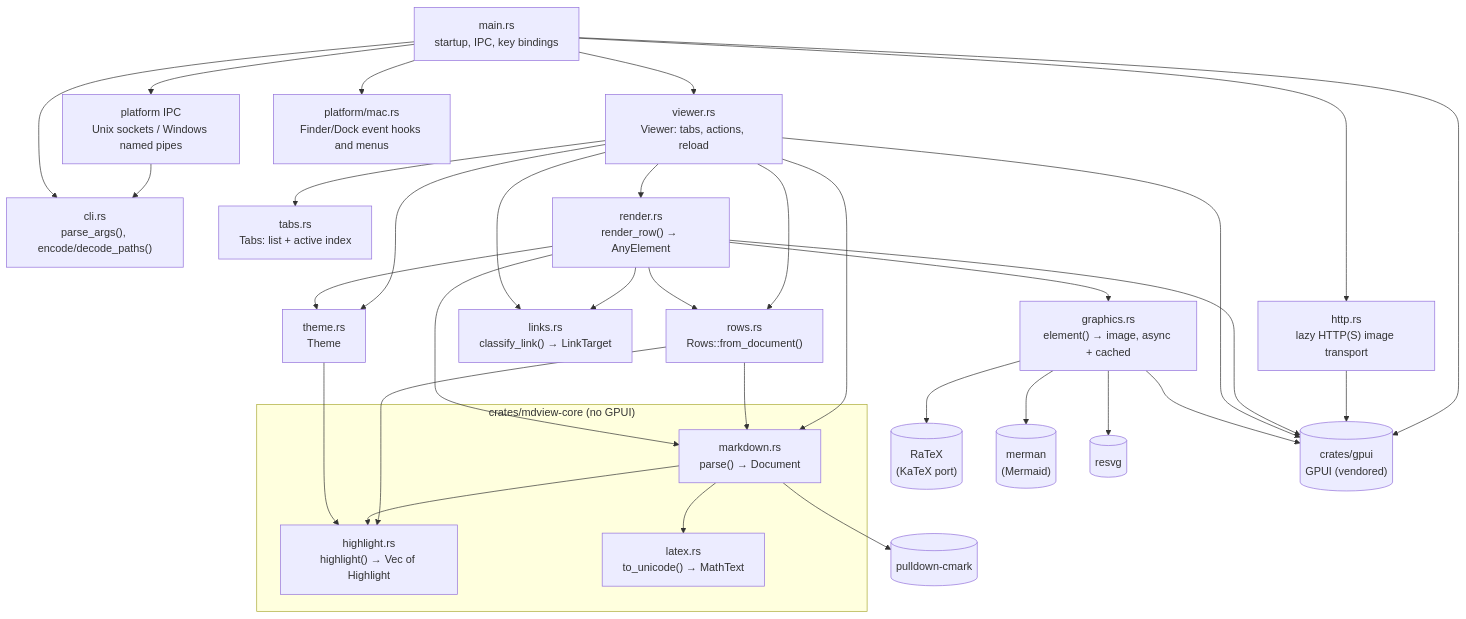
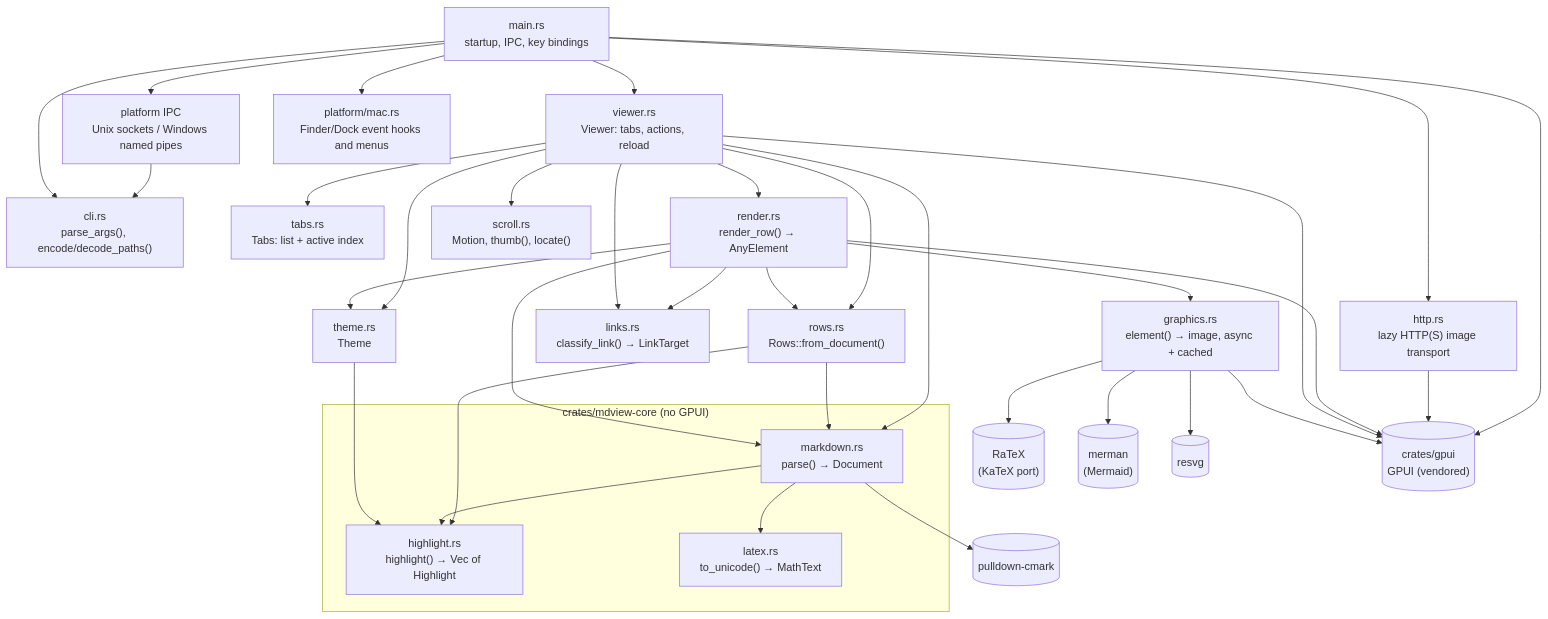
One commit to JorgeAgar/markdown-viewer-zed changed the first of 6 diagrams in docs/architecture.md. Above: the diagram before and after it, drawn with Mermaid. The commit also changed other lines of this file and 14 other files, not shown here.

````diff
--- a/docs/architecture.md
+++ b/docs/architecture.md
@@ -32,57 +33,59 @@
 ```mermaid
 flowchart TD
     main["main.rs<br/>startup, IPC, key bindings"]
     cli["cli.rs<br/>parse_args(), encode/decode_paths()"]
     viewer["viewer.rs<br/>Viewer: tabs, actions, reload"]
     tabs["tabs.rs<br/>Tabs: list + active index"]
     subgraph core["crates/mdview-core (no GPUI)"]
         markdown["markdown.rs<br/>parse() → Document"]
         highlight["highlight.rs<br/>highlight() → Vec of Highlight"]
         latex["latex.rs<br/>to_unicode() → MathText"]
     end
     graphics["graphics.rs<br/>element() → image, async + cached"]
     ratex[("RaTeX<br/>(KaTeX port)")]
     merman[("merman<br/>(Mermaid)")]
     resvg[("resvg")]
     render["render.rs<br/>render_row() → AnyElement"]
     rows["rows.rs<br/>Rows::from_document()"]
+    scroll["scroll.rs<br/>Motion, thumb(), locate()"]
     links["links.rs<br/>classify_link() → LinkTarget"]
     theme["theme.rs<br/>Theme"]
     gpui[("crates/gpui<br/>GPUI (vendored)")]
     cmark[("pulldown-cmark")]
 
     ipc["platform IPC<br/>Unix sockets / Windows named pipes"]
     mac["platform/mac.rs<br/>Finder/Dock event hooks and menus"]
     main --> mac
     main --> ipc
     ipc --> cli
     main --> cli
     main --> viewer
     viewer --> tabs
     main --> gpui
     viewer --> markdown
     viewer --> rows
+    viewer --> scroll
     viewer --> render
     viewer --> theme
     rows --> markdown
     rows --> highlight
     render --> markdown
     render --> rows
     render --> theme
     render --> links
     viewer --> links
     http["http.rs<br/>lazy HTTP(S) image transport"]
     main --> http
     http --> gpui
     render --> gpui
     viewer --> gpui
     markdown --> cmark
     markdown --> highlight
     markdown --> latex
     theme --> highlight
     render --> graphics
     graphics --> ratex
     graphics --> merman
     graphics --> resvg
     graphics --> gpui
 ```
````
